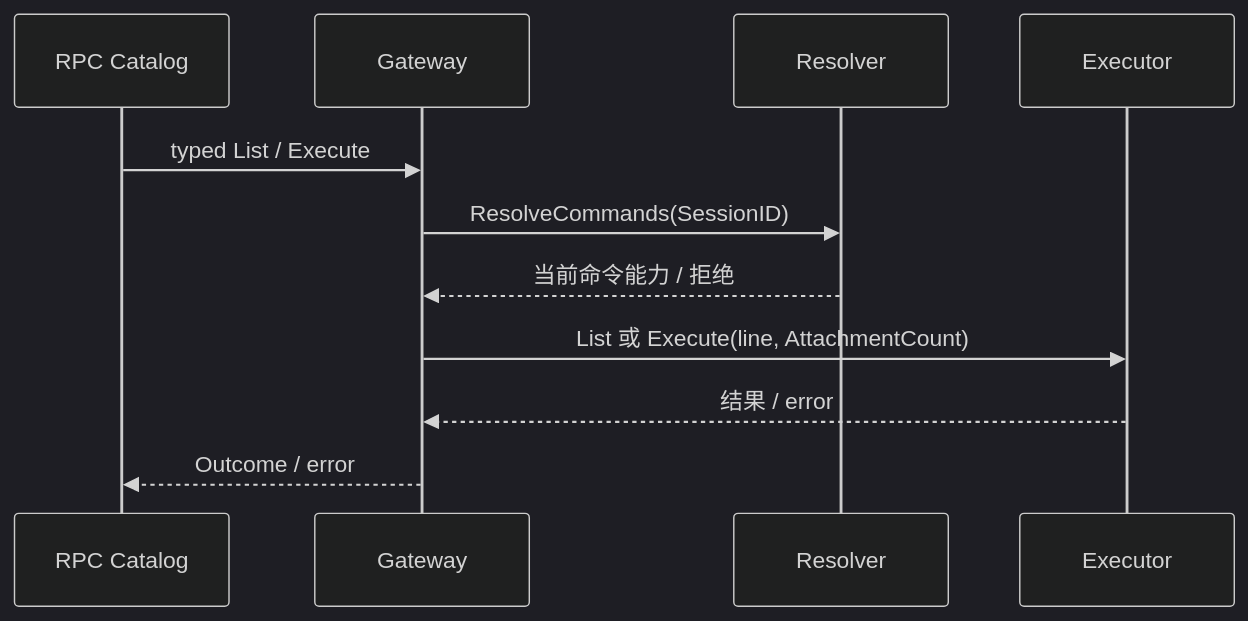
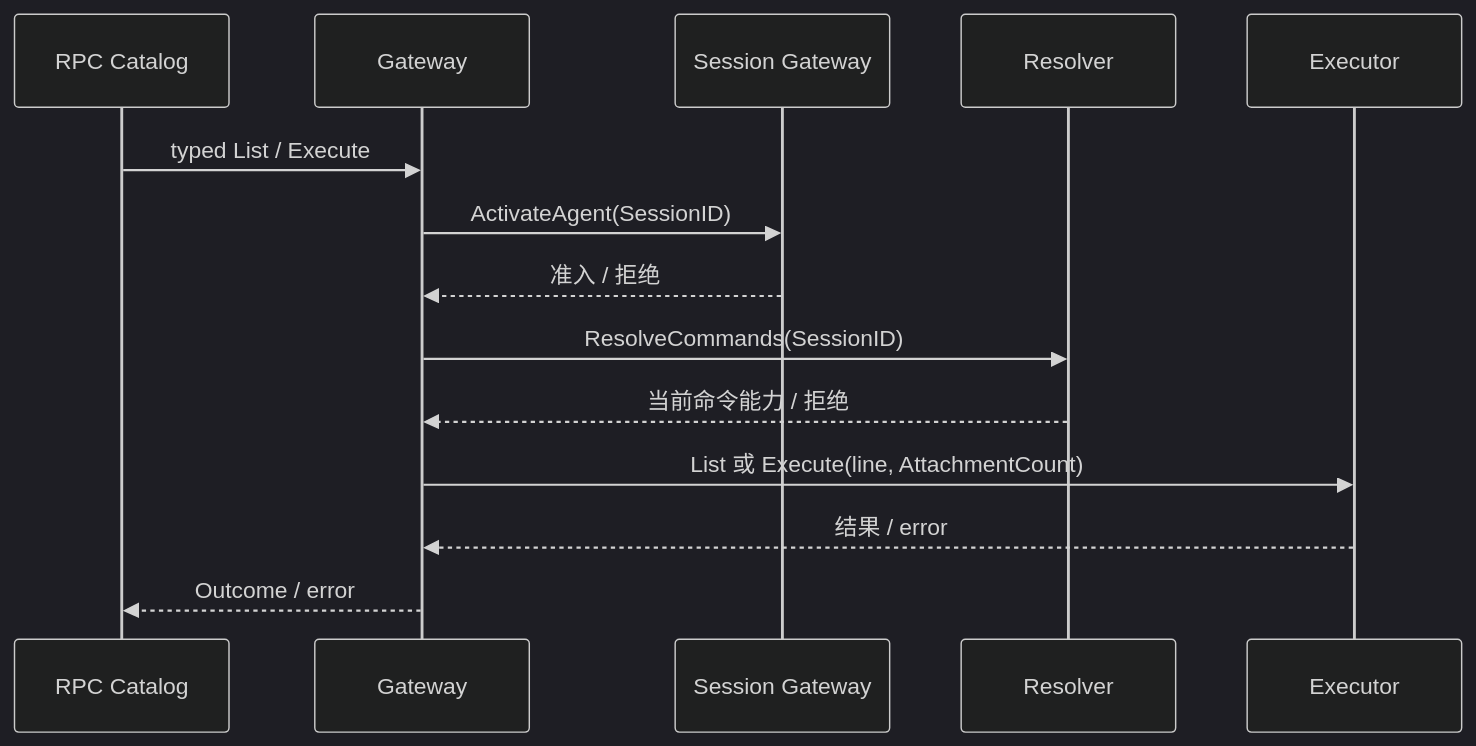
One commit to gorenx/goren changed the diagram in apiproxy/commands/README.zh-CN.md. Above: the diagram before and after it, drawn with Mermaid (dark theme). The commit also changed other lines of this file and 20 other files, not shown here.

````diff
--- a/apiproxy/commands/README.zh-CN.md
+++ b/apiproxy/commands/README.zh-CN.md
@@ -12,13 +13,16 @@
 ```mermaid
 sequenceDiagram
  participant R as RPC Catalog
  participant G as Gateway
+ participant S as Session Gateway
  participant A as Resolver
  participant E as Executor
  R->>G: typed List / Execute
+ G->>S: ActivateAgent(SessionID)
+ S-->>G: 准入 / 拒绝
  G->>A: ResolveCommands(SessionID)
  A-->>G: 当前命令能力 / 拒绝
  G->>E: List 或 Execute(line, AttachmentCount)
  E-->>G: 结果 / error
  G-->>R: Outcome / error
 ```
````
